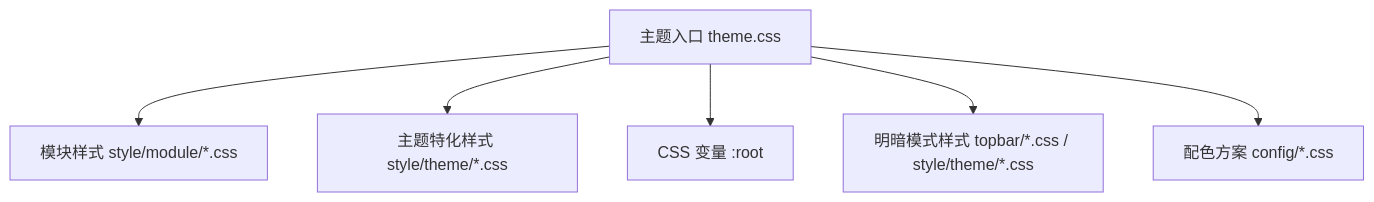
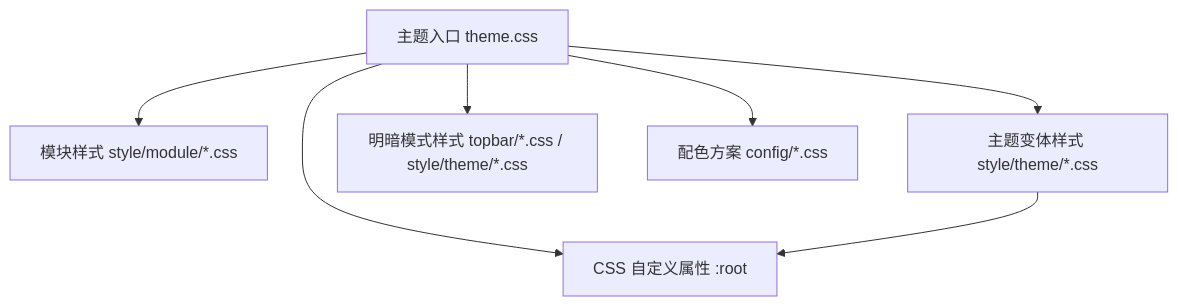
The second of 6 diagrams in .qoder/repowiki/zh/content/核心功能/主题系统/预设主题介绍.md (terwer/siyuan-plugin-blog), drawn with Mermaid before and after one commit. The commit also changed other lines of this file and 31 other files, not shown here.

````diff
--- a/.qoder/repowiki/zh/content/核心功能/主题系统/预设主题介绍.md
+++ b/.qoder/repowiki/zh/content/核心功能/主题系统/预设主题介绍.md
@@ -95,14 +109,15 @@
 ```mermaid
 graph TB
 T["主题入口 theme.css"]
 M1["模块样式 style/module/*.css"]
-M2["主题特化样式 style/theme/*.css"]
-V["CSS 变量 :root"]
+M2["主题变体样式 style/theme/*.css"]
+V["CSS 自定义属性 :root"]
 L["明暗模式样式 topbar/*.css / style/theme/*.css"]
 C["配色方案 config/*.css"]
 T --> M1
 T --> M2
 T --> V
 T --> L
 T --> C
+M2 --> V
 ```
````
